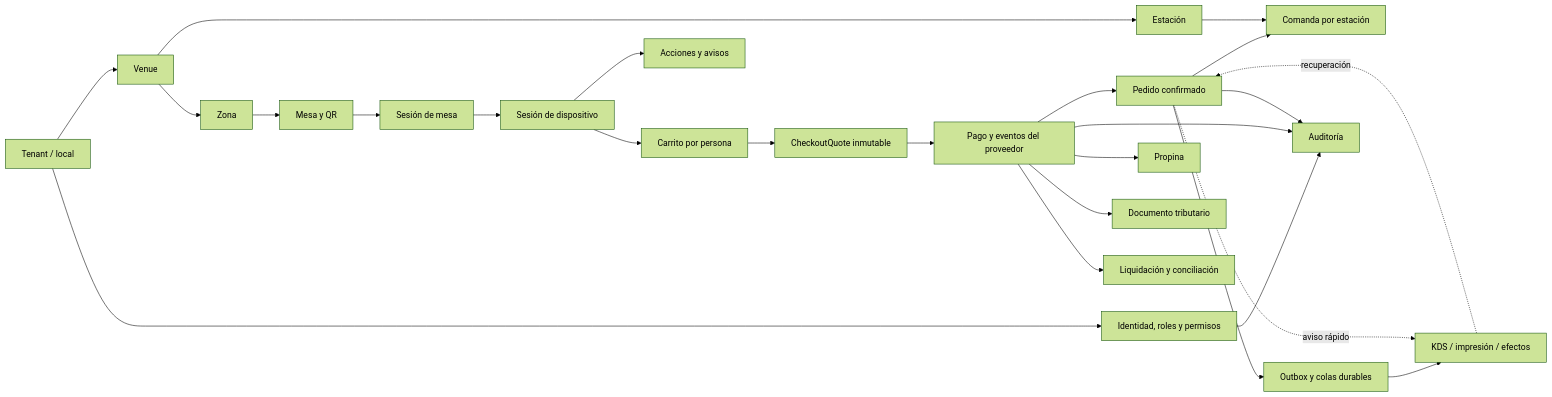
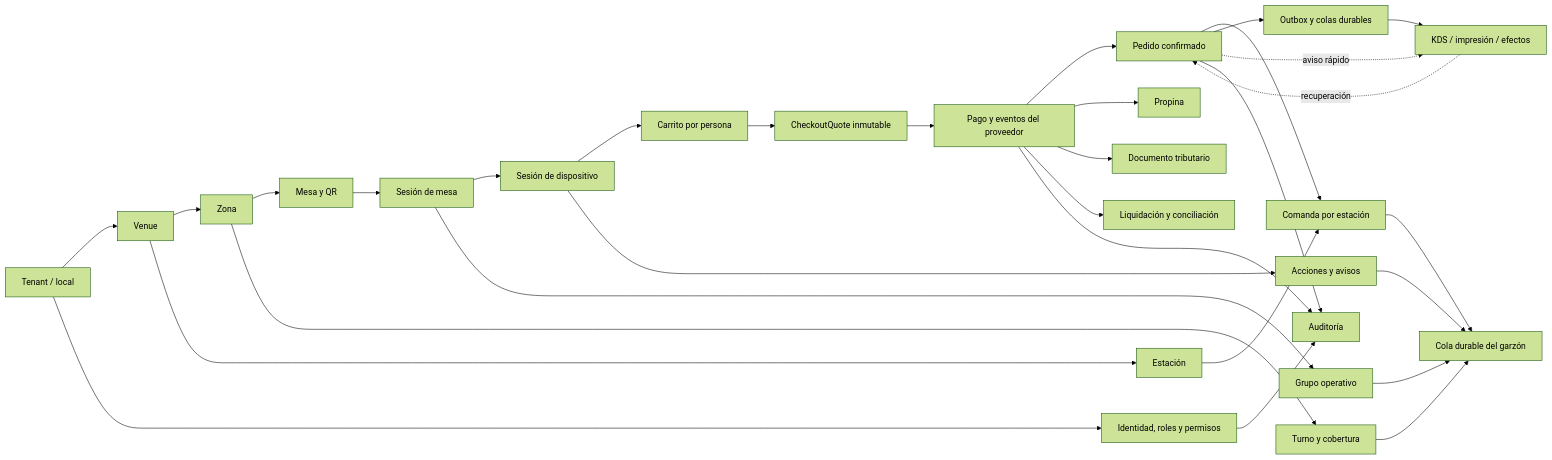
The diagram in docs/DOMAIN_MAP.md (jtmenesesg-arch/tablio), drawn with Mermaid (forest theme) before and after one commit. The commit also changed other lines of this file and 7 other files, not shown here.

````diff
--- a/docs/DOMAIN_MAP.md
+++ b/docs/DOMAIN_MAP.md
@@ -19,31 +19,37 @@
 ```mermaid
 flowchart LR
   tenant["Tenant / local"] --> venue["Venue"]
   venue --> zone["Zona"]
   zone --> table["Mesa y QR"]
   venue --> station["Estación"]
 
   tenant --> access["Identidad, roles y permisos"]
   table --> session["Sesión de mesa"]
   session --> device["Sesión de dispositivo"]
   device --> cart["Carrito por persona"]
   cart --> quote["CheckoutQuote inmutable"]
   quote --> payment["Pago y eventos del proveedor"]
   payment --> order["Pedido confirmado"]
   order --> ticket["Comanda por estación"]
   station --> ticket
   device --> action["Acciones y avisos"]
+  action --> waiter["Cola durable del garzón"]
+  ticket --> waiter
+  zone --> coverage["Turno y cobertura"]
+  coverage --> waiter
+  session --> group["Grupo operativo"]
+  group --> waiter
 
   payment --> tip["Propina"]
   payment --> tax["Documento tributario"]
   payment --> settlement["Liquidación y conciliación"]
 
   order --> outbox["Outbox y colas durables"]
   outbox --> kds["KDS / impresión / efectos"]
   order -. "aviso rápido" .-> kds
   kds -. "recuperación" .-> order
 
   access --> audit["Auditoría"]
   payment --> audit
   order --> audit
 ```
````
